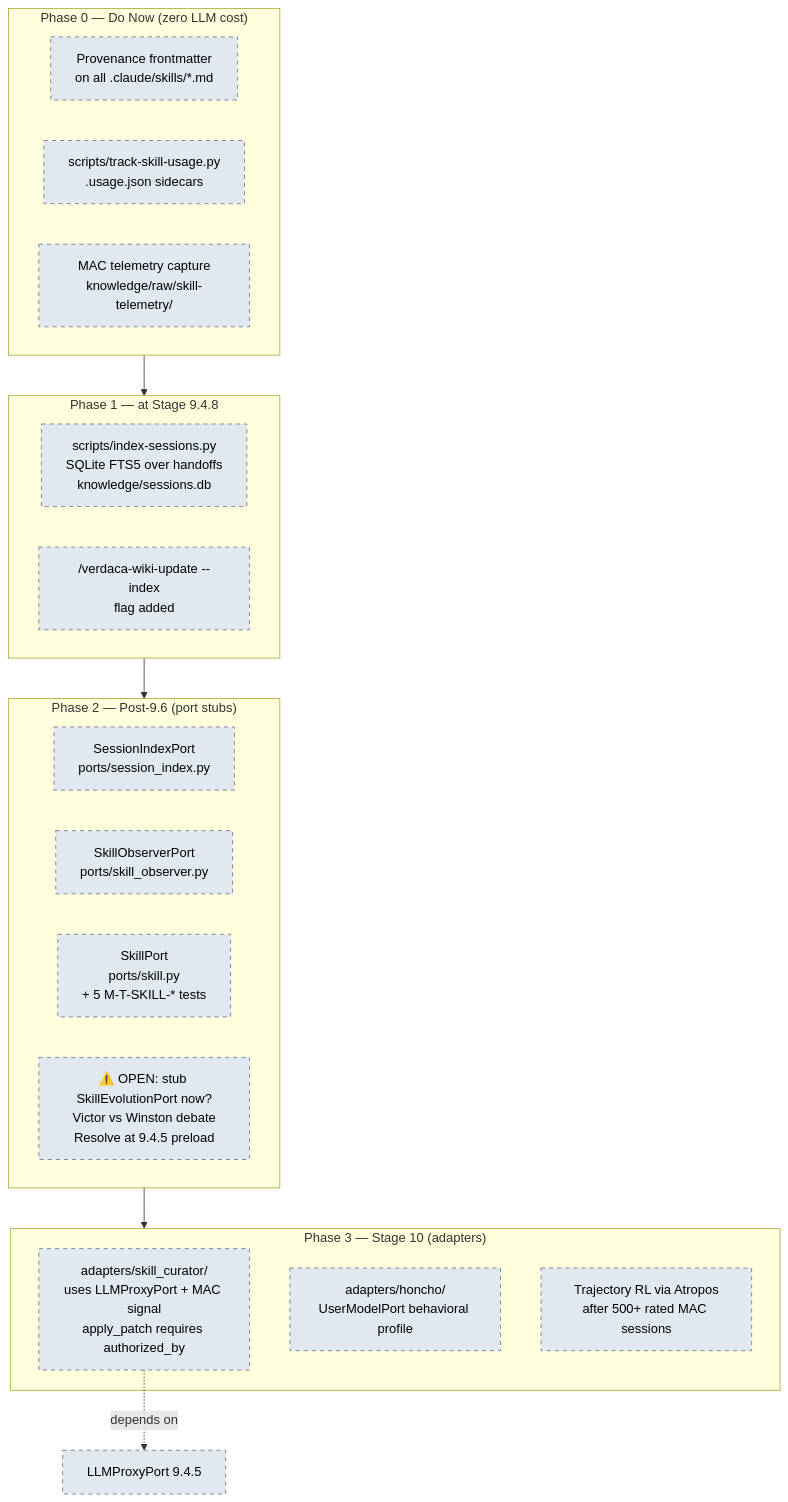
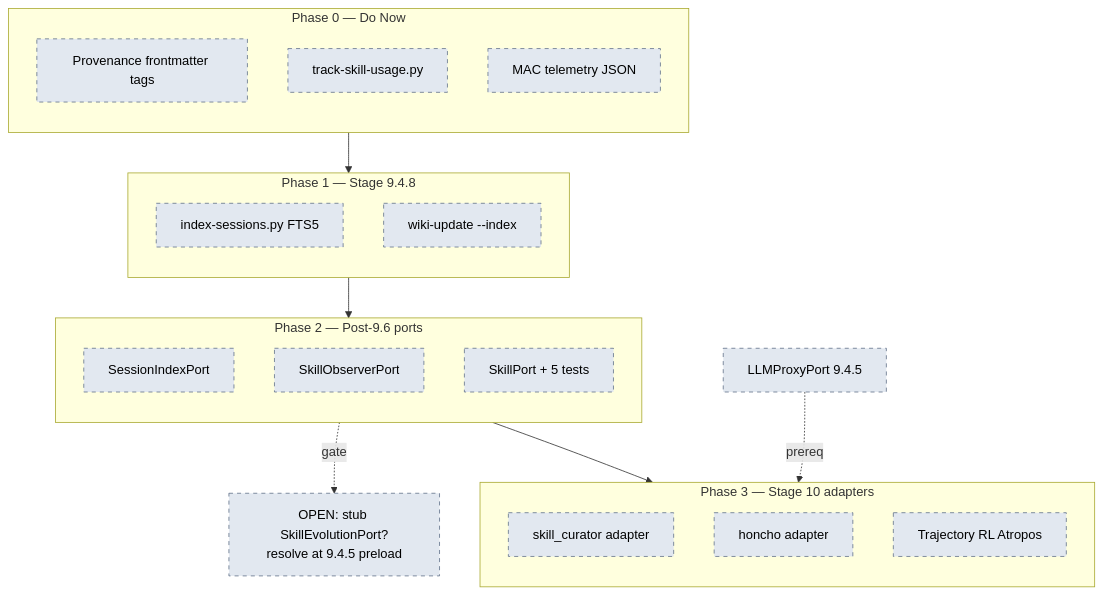
Before and after one commit to verdaca/VERDACA: the third of 6 diagrams in docs/architecture-diagrams.md, drawn with Mermaid. The commit also changed other lines of this file, not shown here.

First line of the commit message:
docs: fix architecture diagram layout issues

````diff
--- a/docs/architecture-diagrams.md
+++ b/docs/architecture-diagrams.md
@@ -130,33 +135,40 @@
 ```mermaid
 flowchart TB
-    subgraph P0["Phase 0 — Do Now (zero LLM cost)"]
-        P0A["Provenance frontmatter<br/>on all .claude/skills/*.md"]:::planned
-        P0B["scripts/track-skill-usage.py<br/>.usage.json sidecars"]:::planned
-        P0C["MAC telemetry capture<br/>knowledge/raw/skill-telemetry/"]:::planned
+    subgraph P0["Phase 0 — Do Now"]
+        direction TB
+        P0A["Provenance frontmatter tags"]:::planned
+        P0B["track-skill-usage.py"]:::planned
+        P0C["MAC telemetry JSON"]:::planned
     end
 
-    subgraph P1["Phase 1 — at Stage 9.4.8"]
-        P1A["scripts/index-sessions.py<br/>SQLite FTS5 over handoffs<br/>knowledge/sessions.db"]:::planned
-        P1B["/verdaca-wiki-update --index<br/>flag added"]:::planned
+    subgraph P1["Phase 1 — Stage 9.4.8"]
+        direction TB
+        P1A["index-sessions.py FTS5"]:::planned
+        P1B["wiki-update --index"]:::planned
     end
 
-    subgraph P2["Phase 2 — Post-9.6 (port stubs)"]
-        P2A["SessionIndexPort<br/>ports/session_index.py"]:::planned
-        P2B["SkillObserverPort<br/>ports/skill_observer.py"]:::planned
-        P2C["SkillPort<br/>ports/skill.py<br/>+ 5 M-T-SKILL-* tests"]:::planned
-        P2D["⚠️ OPEN: stub SkillEvolutionPort now?<br/>Victor vs Winston debate<br/>Resolve at 9.4.5 preload"]:::planned
+    subgraph P2["Phase 2 — Post-9.6 ports"]
+        direction TB
+        P2A["SessionIndexPort"]:::planned
+        P2B["SkillObserverPort"]:::planned
+        P2C["SkillPort + 5 tests"]:::planned
     end
 
-    subgraph P3["Phase 3 — Stage 10 (adapters)"]
-        P3A["adapters/skill_curator/<br/>uses LLMProxyPort + MAC signal<br/>apply_patch requires authorized_by"]:::planned
-        P3B["adapters/honcho/<br/>UserModelPort behavioral profile"]:::planned
-        P3C["Trajectory RL via Atropos<br/>after 500+ rated MAC sessions"]:::planned
+    subgraph P3["Phase 3 — Stage 10 adapters"]
+        direction TB
+        P3A["skill_curator adapter"]:::planned
+        P3B["honcho adapter"]:::planned
+        P3C["Trajectory RL Atropos"]:::planned
     end
 
+    LP["LLMProxyPort 9.4.5"]:::planned
+    OPEN["OPEN: stub SkillEvolutionPort?<br/>resolve at 9.4.5 preload"]:::planned
+
     P0 --> P1 --> P2 --> P3
-    P3A -.depends on.-> LP["LLMProxyPort 9.4.5"]:::planned
+    LP -.prereq.-> P3A
+    P2 -.gate.-> OPEN
 
     classDef done fill:#86efac,stroke:#16a34a,stroke-width:2px,color:#000
     classDef inflight fill:#fde68a,stroke:#d97706,stroke-width:2px,color:#000
     classDef planned fill:#e2e8f0,stroke:#64748b,stroke-width:1px,color:#000,stroke-dasharray: 5 5
 ```
````
